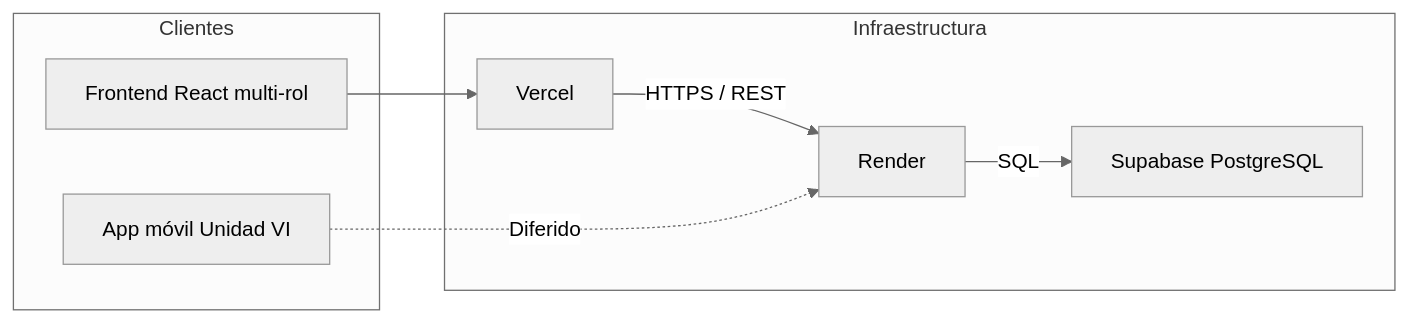
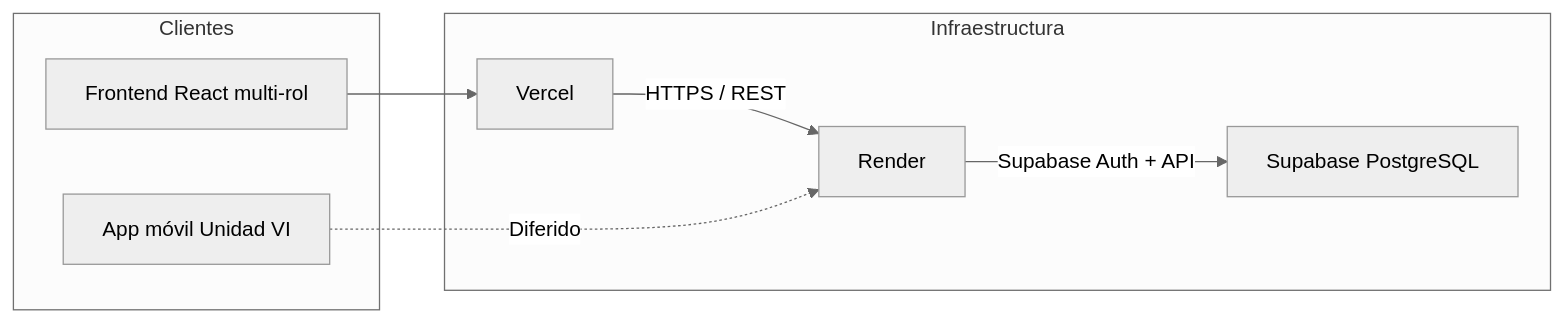
The diagram in documentacion/Stack_Tecnologico_y_Herramientas.md (PatricioRamos04032000/FitZoneSports), drawn with Mermaid (neutral theme) before and after one commit. The commit also changed other lines of this file and 7 other files, not shown here.

````diff
--- a/documentacion/Stack_Tecnologico_y_Herramientas.md
+++ b/documentacion/Stack_Tecnologico_y_Herramientas.md
@@ -29,18 +29,18 @@
 ```mermaid
 flowchart LR
     subgraph clientes [Clientes]
         Web[Frontend React multi-rol]
         Mobile[App móvil Unidad VI]
     end
 
     subgraph hosting [Infraestructura]
         Vercel[Vercel]
         Render[Render]
         Supabase[Supabase PostgreSQL]
     end
 
     Web --> Vercel
     Vercel -->|HTTPS / REST| Render
-    Render -->|SQL| Supabase
+    Render -->|Supabase Auth + API| Supabase
     Mobile -.->|Diferido| Render
 ```
````
